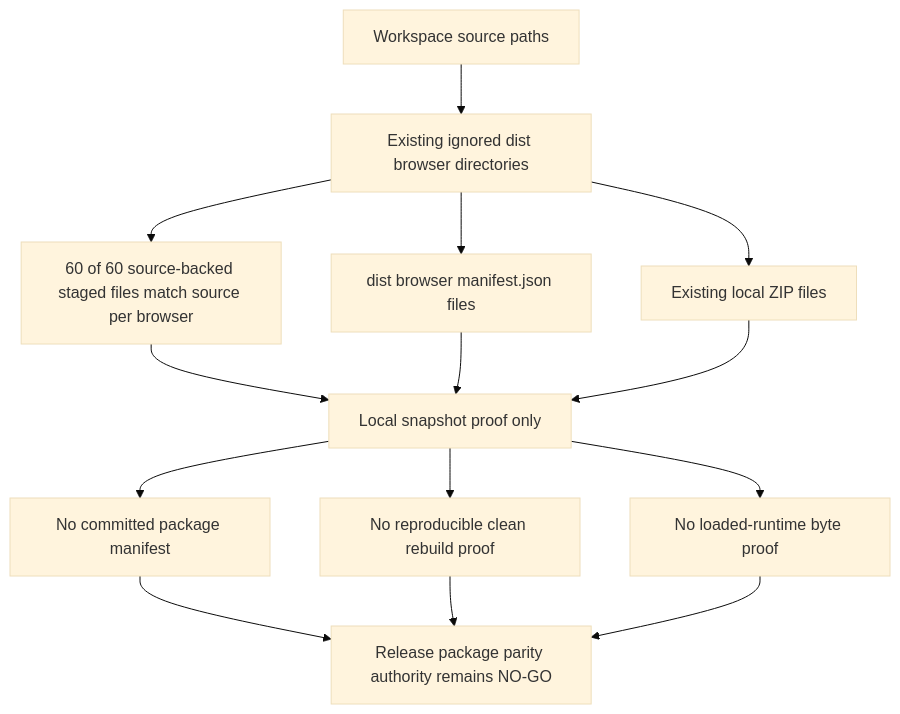
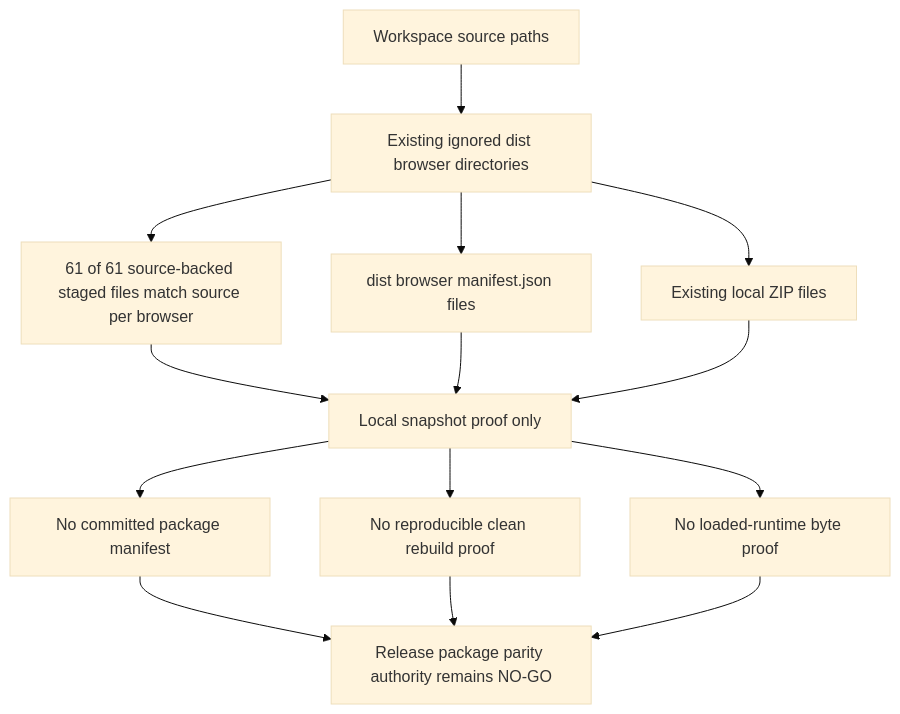
The ninth of 9 diagrams in docs/audit/FILTERTUBE_P0_RELEASE_PACKAGE_CURRENT_BEHAVIOR_2026-05-19.md (varshneydevansh/FilterTube), drawn with Mermaid (base theme) before and after one commit. The commit also changed other lines of this file and 58 other files, not shown here.

````diff
--- a/docs/audit/FILTERTUBE_P0_RELEASE_PACKAGE_CURRENT_BEHAVIOR_2026-05-19.md
+++ b/docs/audit/FILTERTUBE_P0_RELEASE_PACKAGE_CURRENT_BEHAVIOR_2026-05-19.md
@@ -716,16 +716,16 @@
 ```mermaid
 flowchart TD
   A["Workspace source paths"] --> B["Existing ignored dist browser directories"]
-  B --> C["60 of 60 source-backed staged files match source per browser"]
+  B --> C["61 of 61 source-backed staged files match source per browser"]
   B --> D["dist browser manifest.json files"]
   B --> E["Existing local ZIP files"]
   C --> F["Local snapshot proof only"]
   D --> F
   E --> F
   F --> G["No committed package manifest"]
   F --> H["No reproducible clean rebuild proof"]
   F --> I["No loaded-runtime byte proof"]
   G --> J["Release package parity authority remains NO-GO"]
   H --> J
   I --> J
 ```
````
